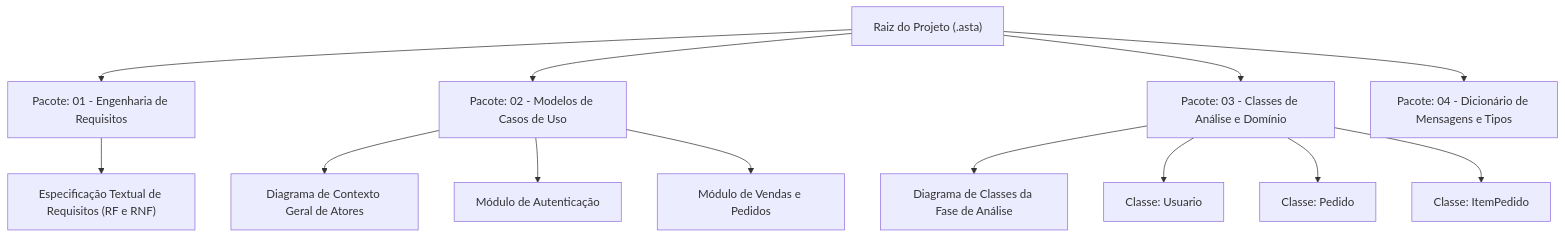
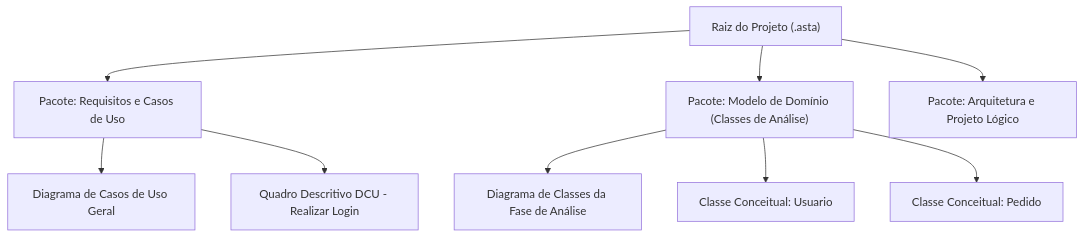
Before and after one commit to murilolol/unifef: diagram 20 of 35 in 3º Semestre/[Prof. Marcelo Boer] Engenharia de Software I/Resumos-IA/Simulados-Comentados.md, drawn with Mermaid. The commit also changed other lines of this file and 40 other files, not shown here.

````diff
--- a/3º Semestre/[Prof. Marcelo Boer] Engenharia de Software I/Resumos-IA/Simulados-Comentados.md
+++ b/3º Semestre/[Prof. Marcelo Boer] Engenharia de Software I/Resumos-IA/Simulados-Comentados.md
@@ -705,17 +712,14 @@
 ```mermaid
 flowchart TD
-    Raiz["Raiz do Projeto (.asta)"] --> PkgReq["Pacote: 01 - Engenharia de Requisitos"]
-    Raiz --> PkgCasos["Pacote: 02 - Modelos de Casos de Uso"]
-    Raiz --> PkgDominio["Pacote: 03 - Classes de Análise e Domínio"]
-    Raiz --> PkgMensagens["Pacote: 04 - Dicionário de Mensagens e Tipos"]
+    ROOT["Raiz do Projeto (.asta)"]
+    ROOT --> PKG_REQ["Pacote: Requisitos e Casos de Uso"]
+    ROOT --> PKG_DOM["Pacote: Modelo de Domínio (Classes de Análise)"]
+    ROOT --> PKG_ARQ["Pacote: Arquitetura e Projeto Lógico"]
 
-    PkgReq --> DocSRS["Especificação Textual de Requisitos (RF e RNF)"]
-    PkgCasos --> DiagGeral["Diagrama de Contexto Geral de Atores"]
-    PkgCasos --> SubPkgLogin["Módulo de Autenticação"]
-    PkgCasos --> SubPkgVendas["Módulo de Vendas e Pedidos"]
-
-    PkgDominio --> DiagClasses["Diagrama de Classes da Fase de Análise"]
-    PkgDominio --> Cl1["Classe: Usuario"]
-    PkgDominio --> Cl2["Classe: Pedido"]
-    PkgDominio --> Cl3["Classe: ItemPedido"]
+    PKG_REQ --> DUC["Diagrama de Casos de Uso Geral"]
+    PKG_REQ --> DCU1["Quadro Descritivo DCU - Realizar Login"]
+    
+    PKG_DOM --> DCL["Diagrama de Classes da Fase de Análise"]
+    PKG_DOM --> C1["Classe Conceitual: Usuario"]
+    PKG_DOM --> C2["Classe Conceitual: Pedido"]
 ```
````
